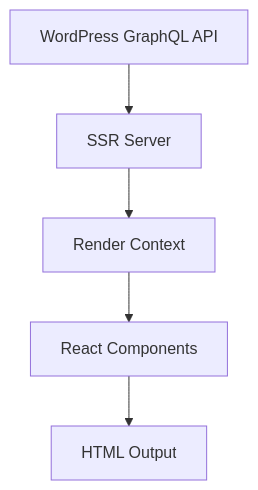
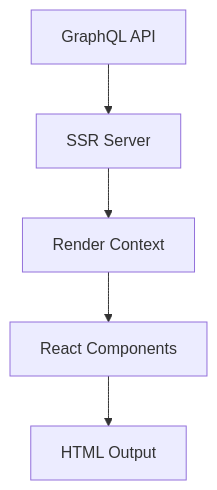
One commit to buildy-ui/ssr-starter changed the diagram in docs/guides/data-flow.md. Above: the diagram before and after it, drawn with Mermaid. The commit also changed other lines of this file and 15 other files, not shown here.

````diff
--- a/docs/guides/data-flow.md
+++ b/docs/guides/data-flow.md
@@ -9,7 +9,7 @@
 ```mermaid
 graph TD
-    A[WordPress GraphQL API] --> B[SSR Server]
+    A[GraphQL API] --> B[SSR Server]
     B --> C[Render Context]
     C --> D[React Components]
     D --> E[HTML Output]
 ```
````
